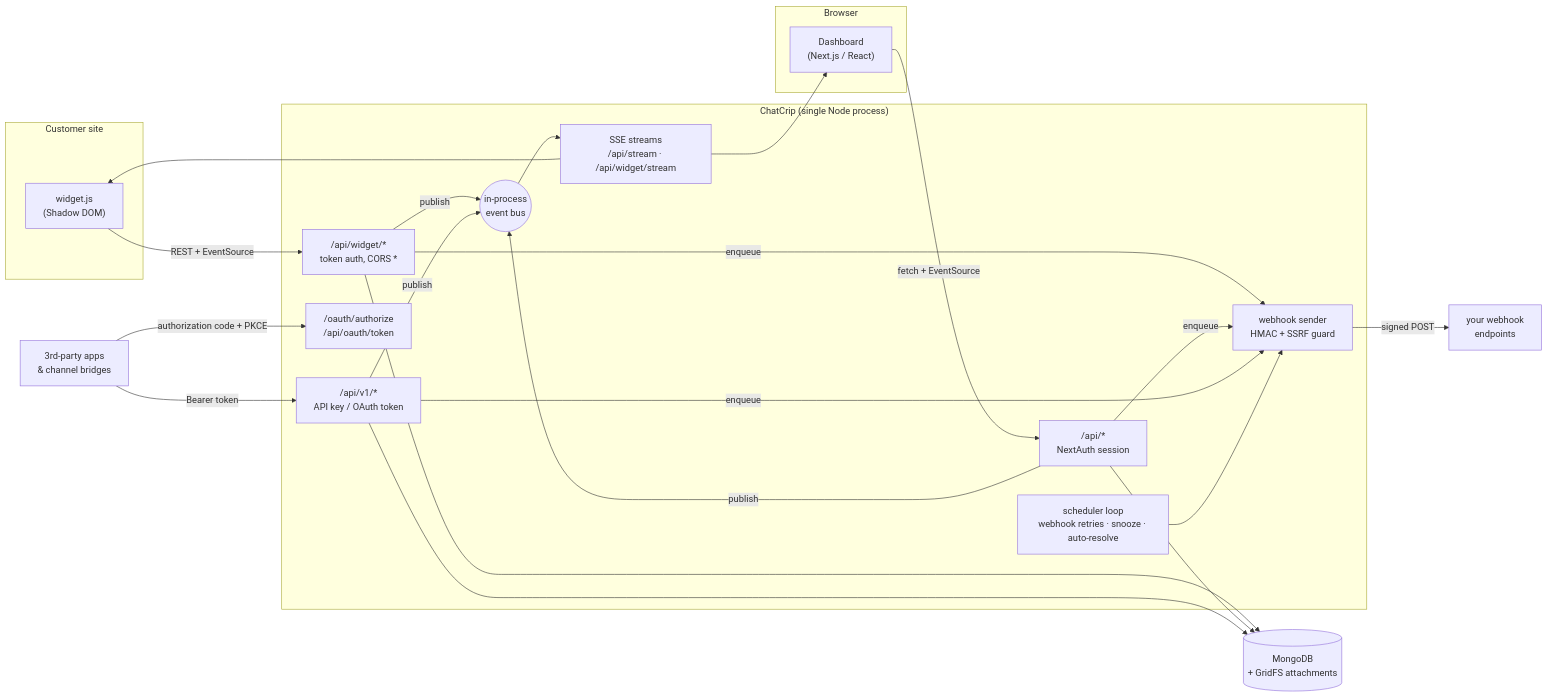
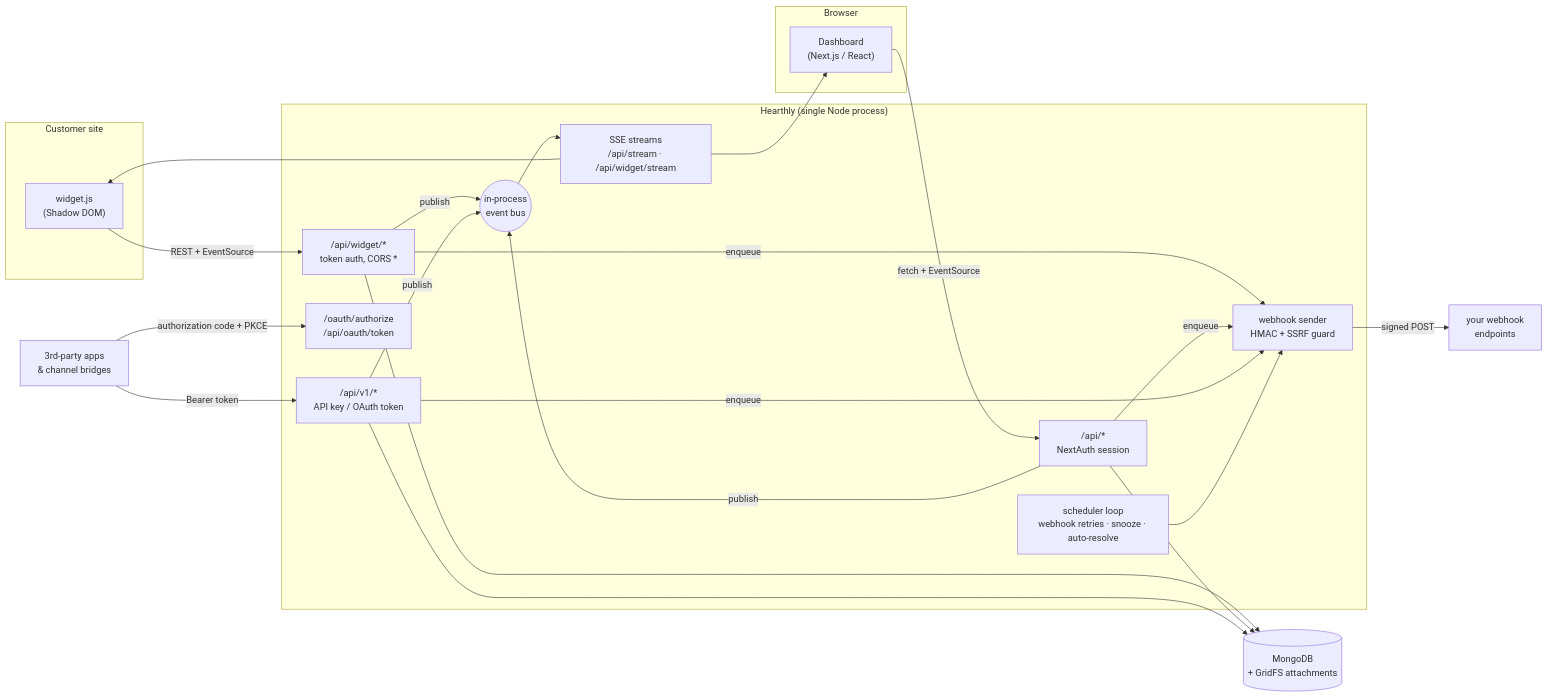
The diagram in README.md (amanjhacodes55/hearthly), drawn with Mermaid before and after one commit. The commit also changed other lines of this file and 86 other files, not shown here.

````diff
--- a/README.md
+++ b/README.md
@@ -82,34 +82,34 @@
 ```mermaid
 flowchart LR
   subgraph Customer site
     W["widget.js<br/>(Shadow DOM)"]
   end
   subgraph Browser
     D["Dashboard<br/>(Next.js / React)"]
   end
-  subgraph ChatCrip ["ChatCrip (single Node process)"]
+  subgraph Hearthly ["Hearthly (single Node process)"]
     WA["/api/widget/*<br/>token auth, CORS *"]
     DA["/api/*<br/>NextAuth session"]
     V1["/api/v1/*<br/>API key / OAuth token"]
     OA["/oauth/authorize<br/>/api/oauth/token"]
     BUS(("in-process<br/>event bus"))
     SSE["SSE streams<br/>/api/stream · /api/widget/stream"]
     SCH["scheduler loop<br/>webhook retries · snooze · auto-resolve"]
     WH["webhook sender<br/>HMAC + SSRF guard"]
   end
   DB[("MongoDB<br/>+ GridFS attachments")]
   EXT["3rd-party apps<br/>& channel bridges"]
   RCV["your webhook<br/>endpoints"]
 
   W -- "REST + EventSource" --> WA
   D -- "fetch + EventSource" --> DA
   EXT -- "Bearer token" --> V1
   EXT -- "authorization code + PKCE" --> OA
   WA & DA & V1 --> DB
   WA & DA & V1 -- publish --> BUS
   BUS --> SSE
   SSE --> W & D
   WA & DA & V1 -- enqueue --> WH
   SCH --> WH
   WH -- "signed POST" --> RCV
 ```
````
